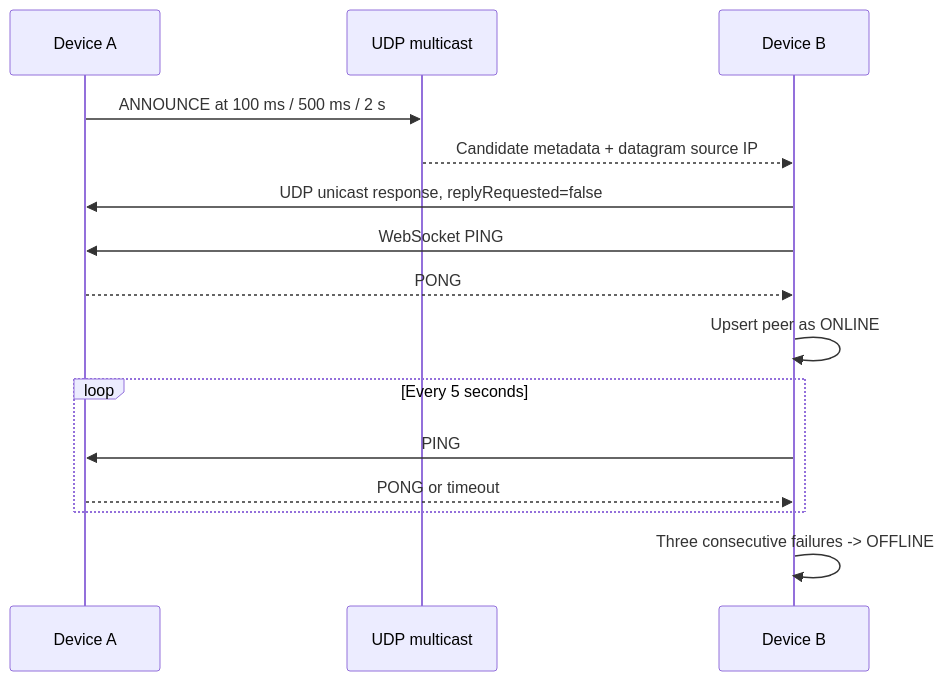
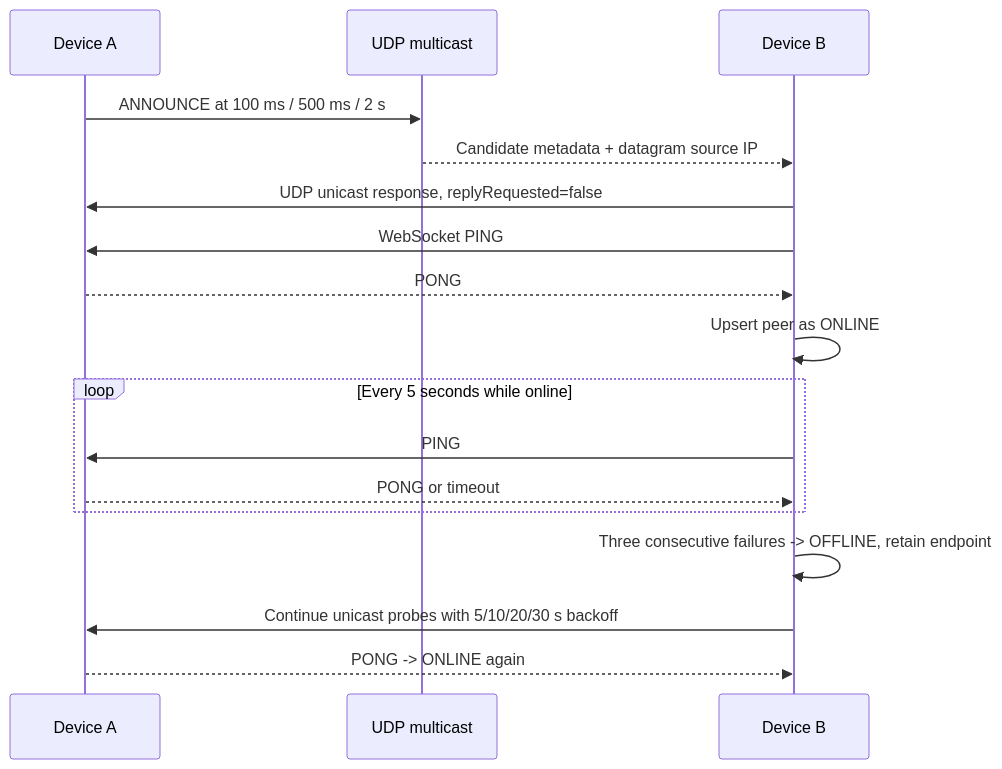
One commit to x2ink/subnetdrop changed the first of 2 diagrams in docs/technical-principles/lan-discovery.md. Above: the diagram before and after it, drawn with Mermaid. The commit also changed other lines of this file and 19 other files, not shown here.

````diff
--- a/docs/technical-principles/lan-discovery.md
+++ b/docs/technical-principles/lan-discovery.md
@@ -24,17 +24,19 @@
 ```mermaid
 sequenceDiagram
     participant A as Device A
     participant Udp as UDP multicast
     participant B as Device B
     A->>Udp: ANNOUNCE at 100 ms / 500 ms / 2 s
     Udp-->>B: Candidate metadata + datagram source IP
     B->>A: UDP unicast response, replyRequested=false
     B->>A: WebSocket PING
     A-->>B: PONG
     B->>B: Upsert peer as ONLINE
-    loop Every 5 seconds
+    loop Every 5 seconds while online
         B->>A: PING
         A-->>B: PONG or timeout
     end
-    B->>B: Three consecutive failures -> OFFLINE
+    B->>B: Three consecutive failures -> OFFLINE, retain endpoint
+    B->>A: Continue unicast probes with 5/10/20/30 s backoff
+    A-->>B: PONG -> ONLINE again
 ```
````
